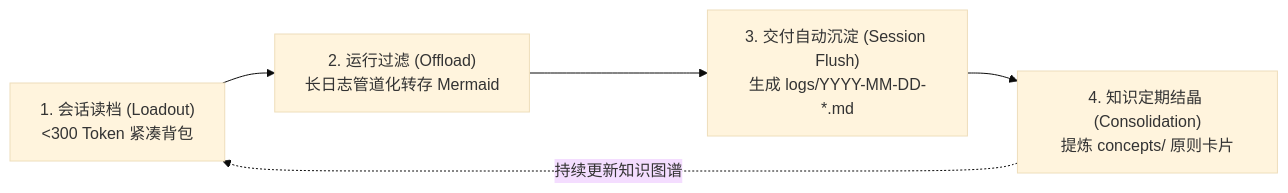
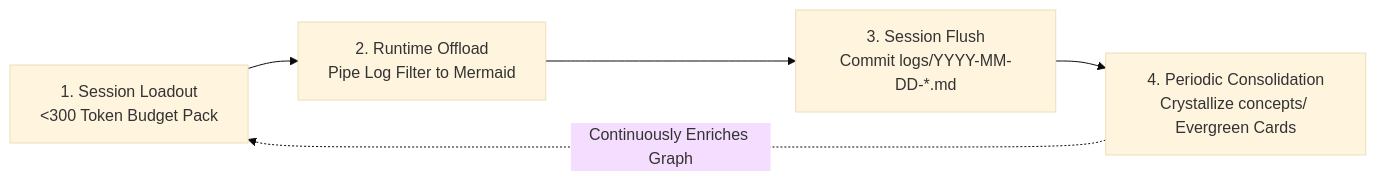
Before and after one commit to K0maru/k0maru-agent-memory: the first of 2 diagrams in README.md, drawn with Mermaid (base theme). The commit also changed other lines of this file and 5 other files, not shown here.

````diff
--- a/README.md
+++ b/README.md
@@ -135,7 +135,7 @@
 ```mermaid
 flowchart LR
-    L0["1. 会话读档 (Loadout)<br/>&lt;300 Token 紧凑背包"] --> L1["2. 运行过滤 (Offload)<br/>长日志管道化转存 Mermaid"]
-    L1 --> L2["3. 交付自动沉淀 (Session Flush)<br/>生成 logs/YYYY-MM-DD-*.md"]
-    L2 --> L3["4. 知识定期结晶 (Consolidation)<br/>提炼 concepts/ 原则卡片"]
-    L3 -.->|"持续更新知识图谱"| L0
+    L0["1. Session Loadout<br/>&lt;300 Token Budget Pack"] --> L1["2. Runtime Offload<br/>Pipe Log Filter to Mermaid"]
+    L1 --> L2["3. Session Flush<br/>Commit logs/YYYY-MM-DD-*.md"]
+    L2 --> L3["4. Periodic Consolidation<br/>Crystallize concepts/ Evergreen Cards"]
+    L3 -.->|"Continuously Enriches Graph"| L0
 ```
````
